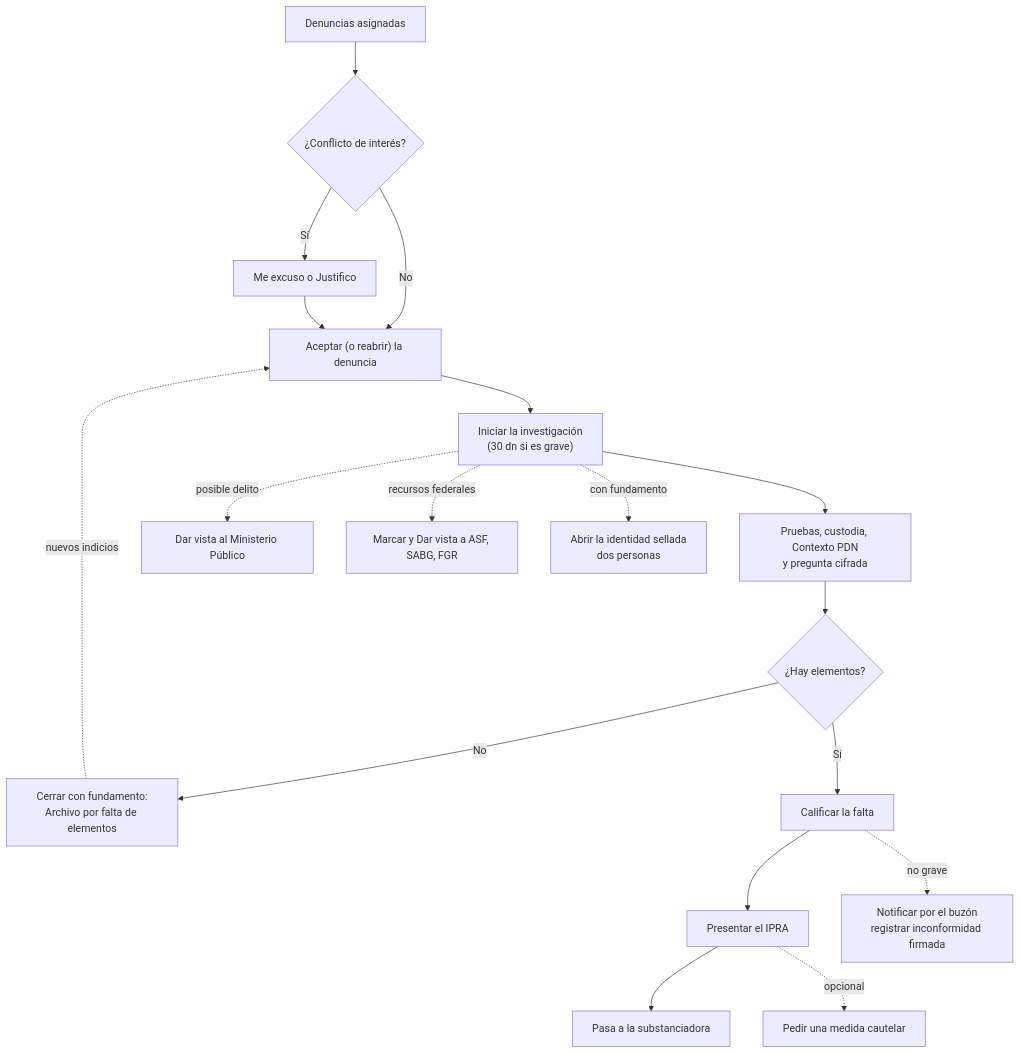
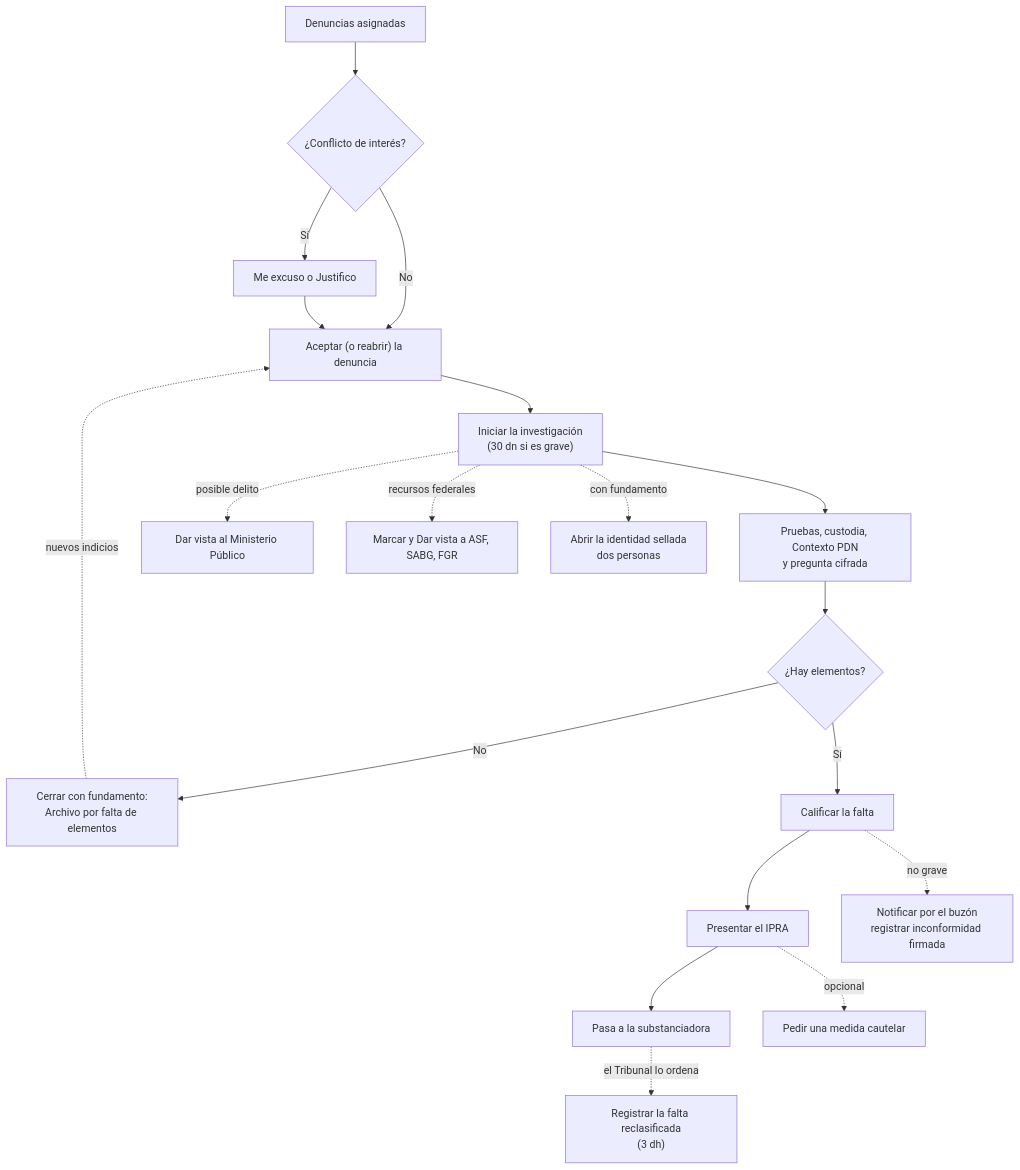
Before and after one commit to GuilleOp/sigilo-s5: the diagram in docs/manuales/03-autoridad-investigadora.md, drawn with Mermaid. The commit also changed other lines of this file and 3 other files, not shown here.

````diff
--- a/docs/manuales/03-autoridad-investigadora.md
+++ b/docs/manuales/03-autoridad-investigadora.md
@@ -372,20 +399,21 @@
 ```mermaid
 flowchart TD
   A["Denuncias asignadas"] --> B{"¿Conflicto de interés?"}
   B -- "Sí" --> C["Me excuso o Justifico"]
   B -- "No" --> D["Aceptar (o reabrir) la denuncia"]
   C --> D
   D --> E["Iniciar la investigación<br/>(30 dn si es grave)"]
   E --> F["Pruebas, custodia, Contexto PDN<br/>y pregunta cifrada"]
   F --> G{"¿Hay elementos?"}
   G -- "No" --> H["Cerrar con fundamento:<br/>Archivo por falta de elementos"]
   H -. "nuevos indicios" .-> D
   G -- "Sí" --> I["Calificar la falta"]
   I --> J["Presentar el IPRA"]
   J --> K["Pasa a la substanciadora"]
+  K -. "el Tribunal lo ordena" .-> R["Registrar la falta reclasificada<br/>(3 dh)"]
   I -. "no grave" .-> L["Notificar por el buzón<br/>registrar inconformidad firmada"]
   J -. "opcional" .-> M["Pedir una medida cautelar"]
   E -. "posible delito" .-> N["Dar vista al Ministerio Público"]
   E -. "recursos federales" .-> O["Marcar y Dar vista a ASF, SABG, FGR"]
   E -. "con fundamento" .-> P["Abrir la identidad sellada<br/>dos personas"]
 ```
````
